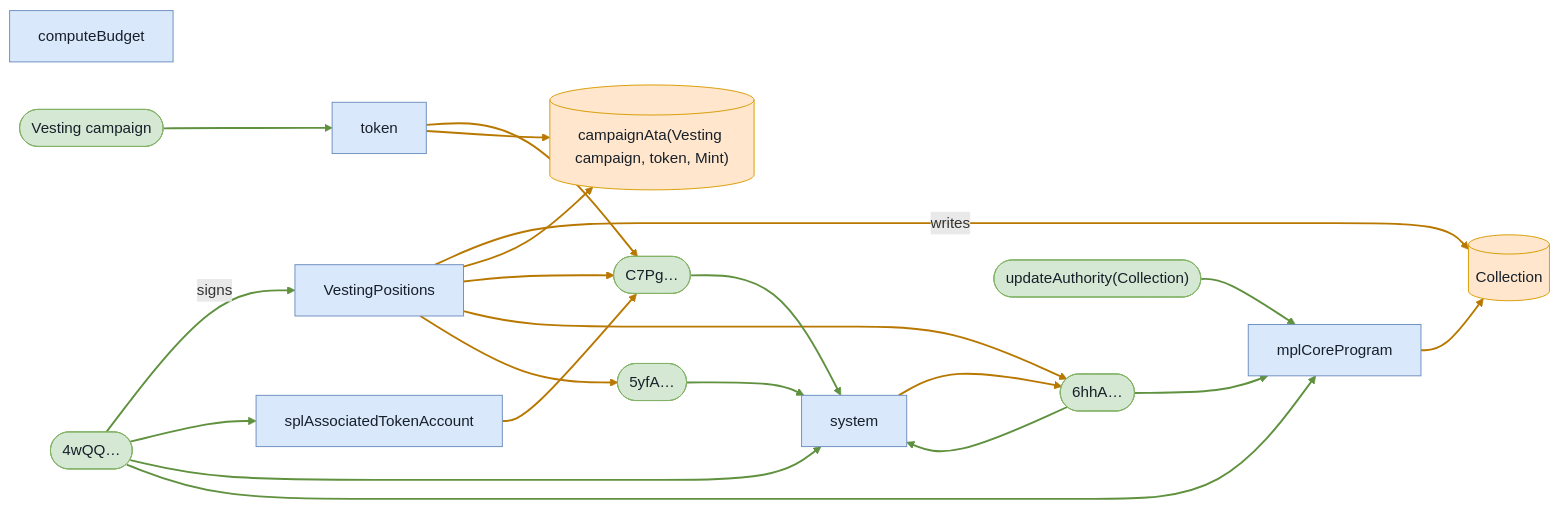
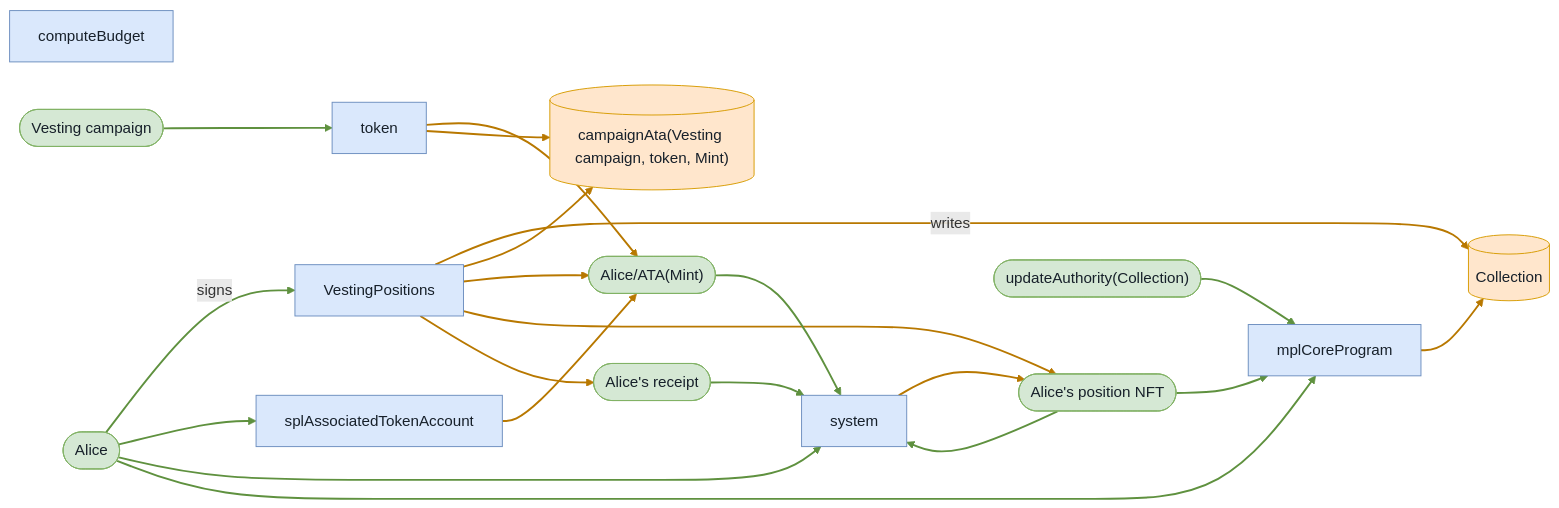
The fifth of 6 diagrams in babelfish-tests/test-report/mid_schedule_cliff_plus_linear.md (cds-turbin3/vesting-position), drawn with Mermaid before and after one commit. The commit also changed other lines of this file and 104 other files, not shown here.

````diff
--- a/babelfish-tests/test-report/mid_schedule_cliff_plus_linear.md
+++ b/babelfish-tests/test-report/mid_schedule_cliff_plus_linear.md
@@ -288,42 +287,42 @@
 ```mermaid
 flowchart LR
     computeBudget["computeBudget"]:::program
     VestingPositions["VestingPositions"]:::program
-    n4wQQ(["4wQQ…"]):::signer
+    Alice(["Alice"]):::signer
     Collection[("Collection")]:::state
     campaignAtaVestingcampaigntokenMint[("campaignAta(Vesting campaign, token, Mint)")]:::state
-    C7Pg(["C7Pg…"]):::signer
-    n6hhA(["6hhA…"]):::signer
-    n5yfA(["5yfA…"]):::signer
+    AliceATAMint(["Alice/ATA(Mint)"]):::signer
+    AlicespositionNFT(["Alice's position NFT"]):::signer
+    Alicesreceipt(["Alice's receipt"]):::signer
     splAssociatedTokenAccount["splAssociatedTokenAccount"]:::program
     token["token"]:::program
     system["system"]:::program
     mplCoreProgram["mplCoreProgram"]:::program
     updateAuthorityCollection(["updateAuthority(Collection)"]):::signer
     Vestingcampaign(["Vesting campaign"]):::signer
-    n4wQQ -->|signs| VestingPositions
+    Alice -->|signs| VestingPositions
     VestingPositions -->|writes| Collection
     VestingPositions --> campaignAtaVestingcampaigntokenMint
-    VestingPositions --> C7Pg
-    VestingPositions --> n6hhA
-    VestingPositions --> n5yfA
-    n4wQQ --> splAssociatedTokenAccount
-    splAssociatedTokenAccount --> C7Pg
-    n4wQQ --> system
-    C7Pg --> system
-    token --> C7Pg
-    n5yfA --> system
-    n6hhA --> mplCoreProgram
+    VestingPositions --> AliceATAMint
+    VestingPositions --> AlicespositionNFT
+    VestingPositions --> Alicesreceipt
+    Alice --> splAssociatedTokenAccount
+    splAssociatedTokenAccount --> AliceATAMint
+    Alice --> system
+    AliceATAMint --> system
+    token --> AliceATAMint
+    Alicesreceipt --> system
+    AlicespositionNFT --> mplCoreProgram
     mplCoreProgram --> Collection
     updateAuthorityCollection --> mplCoreProgram
-    n4wQQ --> mplCoreProgram
-    n6hhA --> system
-    system --> n6hhA
+    Alice --> mplCoreProgram
+    AlicespositionNFT --> system
+    system --> AlicespositionNFT
     token --> campaignAtaVestingcampaigntokenMint
     Vestingcampaign --> token
     classDef program fill:#dae8fc,stroke:#6c8ebf,color:#17202a;
     classDef signer fill:#d5e8d4,stroke:#82b366,color:#17202a;
     classDef state fill:#ffe6cc,stroke:#d79b00,color:#17202a;
     linkStyle 0,6,8,9,11,12,14,15,16,19 stroke:#5f913f,stroke-width:2px
     linkStyle 1,2,3,4,5,7,10,13,17,18 stroke:#b87800,stroke-width:2px
 ```
````
